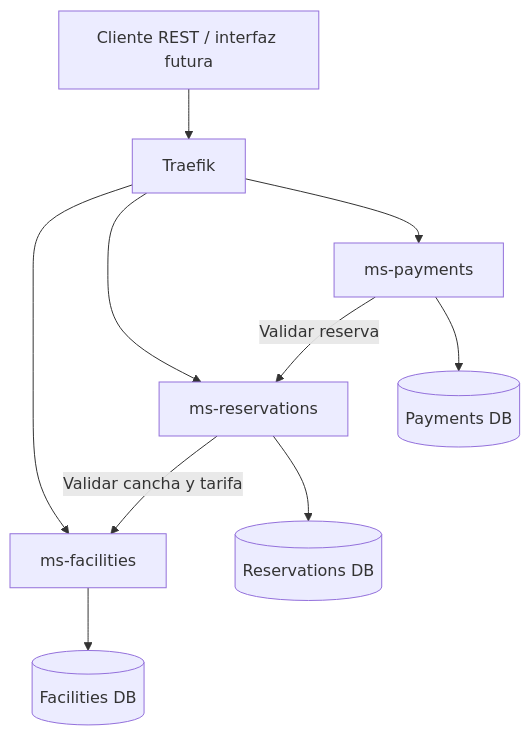
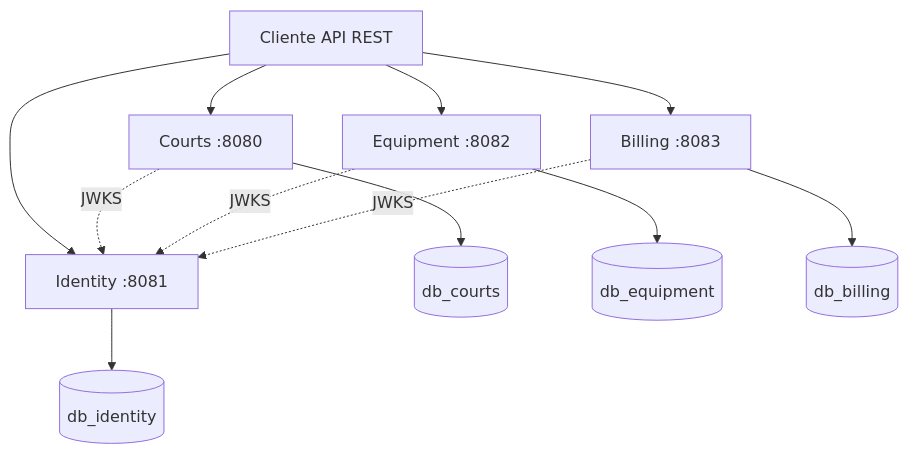
Before and after one commit to jhoanmunoz24/ProyectoDs3-ArenaCore: the diagram in README.md, drawn with Mermaid. The commit also changed other lines of this file, not shown here.

````diff
--- a/README.md
+++ b/README.md
@@ -60,12 +81,14 @@
 ```mermaid
 flowchart TD
-    C[Cliente REST / interfaz futura] --> T[Traefik]
-    T --> F[ms-facilities]
-    T --> R[ms-reservations]
-    T --> P[ms-payments]
-    P -->|Validar reserva| R
-    R -->|Validar cancha y tarifa| F
-    F --> D1[(Facilities DB)]
-    R --> D2[(Reservations DB)]
-    P --> D3[(Payments DB)]
+    C[Cliente API REST] --> I[Identity :8081]
+    C --> S[Courts :8080]
+    C --> E[Equipment :8082]
+    C --> B[Billing :8083]
+    I --> DI[(db_identity)]
+    S --> DS[(db_courts)]
+    E --> DE[(db_equipment)]
+    B --> DB[(db_billing)]
+    S -. JWKS .-> I
+    E -. JWKS .-> I
+    B -. JWKS .-> I
 ```
````
